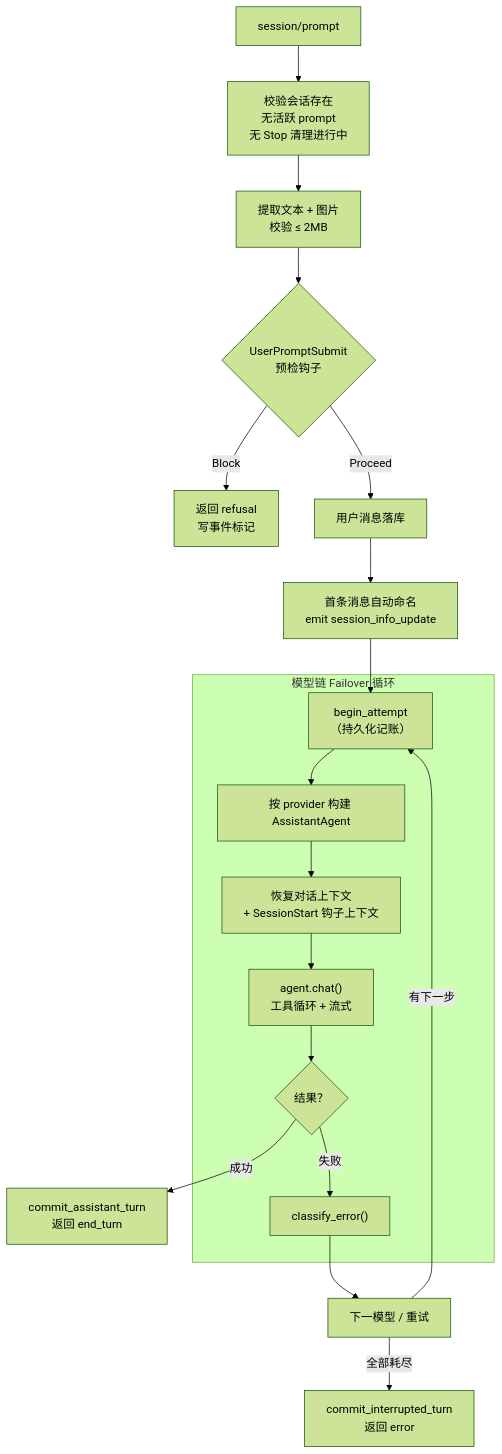
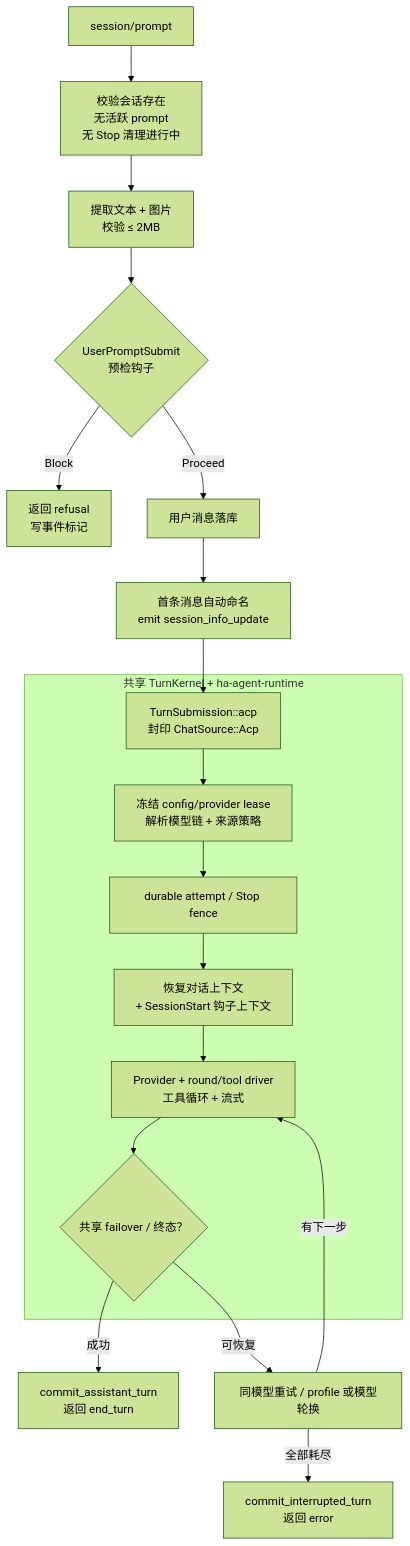
One commit to shiwenwen/hope-agent changed the seventh of 10 diagrams in docs/architecture/integration/acp.md. Above: the diagram before and after it, drawn with Mermaid (forest theme). The commit also changed other lines of this file and 230 other files, not shown here.

Commit message:
🦭 refactor: converge agent kernel and execution runtimes

````diff
--- a/docs/architecture/integration/acp.md
+++ b/docs/architecture/integration/acp.md
@@ -301,32 +304,31 @@
 ```mermaid
 flowchart TB
     START["session/prompt"]
     VALIDATE["校验会话存在<br/>无活跃 prompt<br/>无 Stop 清理进行中"]
     EXTRACT["提取文本 + 图片<br/>校验 ≤ 2MB"]
     PREFLIGHT{"UserPromptSubmit<br/>预检钩子"}
     BLOCK["返回 refusal<br/>写事件标记"]
     SAVE_USER["用户消息落库"]
     TITLE["首条消息自动命名<br/>emit session_info_update"]
 
-    subgraph LOOP["模型链 Failover 循环"]
-        BEGIN["begin_attempt<br/>（持久化记账）"]
-        BUILD["按 provider 构建 AssistantAgent"]
+    subgraph SHARED["共享 TurnKernel + ha-agent-runtime"]
+        SUBMIT["TurnSubmission::acp<br/>封印 ChatSource::Acp"]
+        ADMIT["冻结 config/provider lease<br/>解析模型链 + 来源策略"]
+        BEGIN["durable attempt / Stop fence"]
         RESTORE["恢复对话上下文<br/>+ SessionStart 钩子上下文"]
-        CHAT["agent.chat()<br/>工具循环 + 流式"]
-        DECIDE{"结果？"}
-        CLASSIFY["classify_error()"]
+        CHAT["Provider + round/tool driver<br/>工具循环 + 流式"]
+        DECIDE{"共享 failover / 终态？"}
     end
 
     COMMIT["commit_assistant_turn<br/>返回 end_turn"]
-    NEXT["下一模型 / 重试"]
+    NEXT["同模型重试 / profile 或模型轮换"]
     FAIL["commit_interrupted_turn<br/>返回 error"]
 
     START --> VALIDATE --> EXTRACT --> PREFLIGHT
     PREFLIGHT -- Block --> BLOCK
-    PREFLIGHT -- Proceed --> SAVE_USER --> TITLE --> BEGIN
-    BEGIN --> BUILD --> RESTORE --> CHAT --> DECIDE
+    PREFLIGHT -- Proceed --> SAVE_USER --> TITLE --> SUBMIT --> ADMIT --> BEGIN --> RESTORE --> CHAT --> DECIDE
     DECIDE -- 成功 --> COMMIT
-    DECIDE -- 失败 --> CLASSIFY --> NEXT
-    NEXT -- 有下一步 --> BEGIN
+    DECIDE -- 可恢复 --> NEXT
+    NEXT -- 有下一步 --> CHAT
     NEXT -- 全部耗尽 --> FAIL
 ```
````
